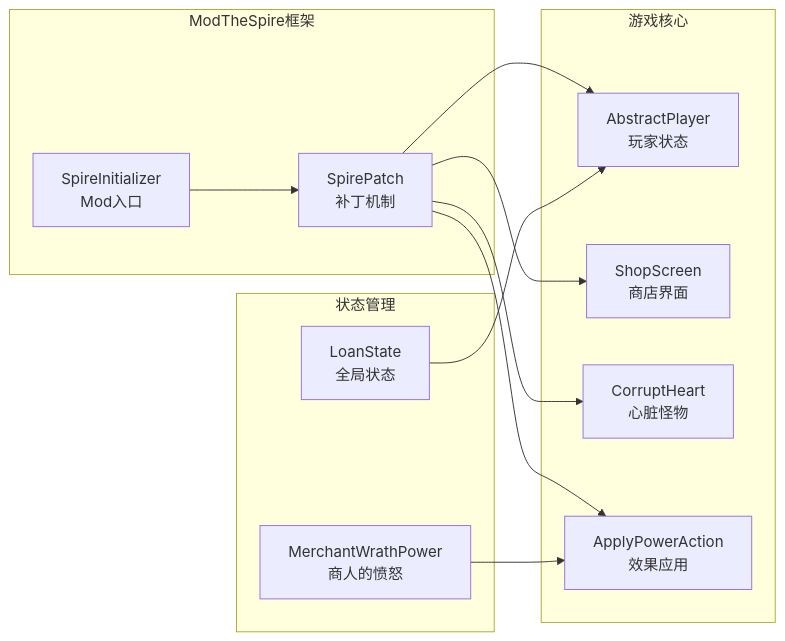
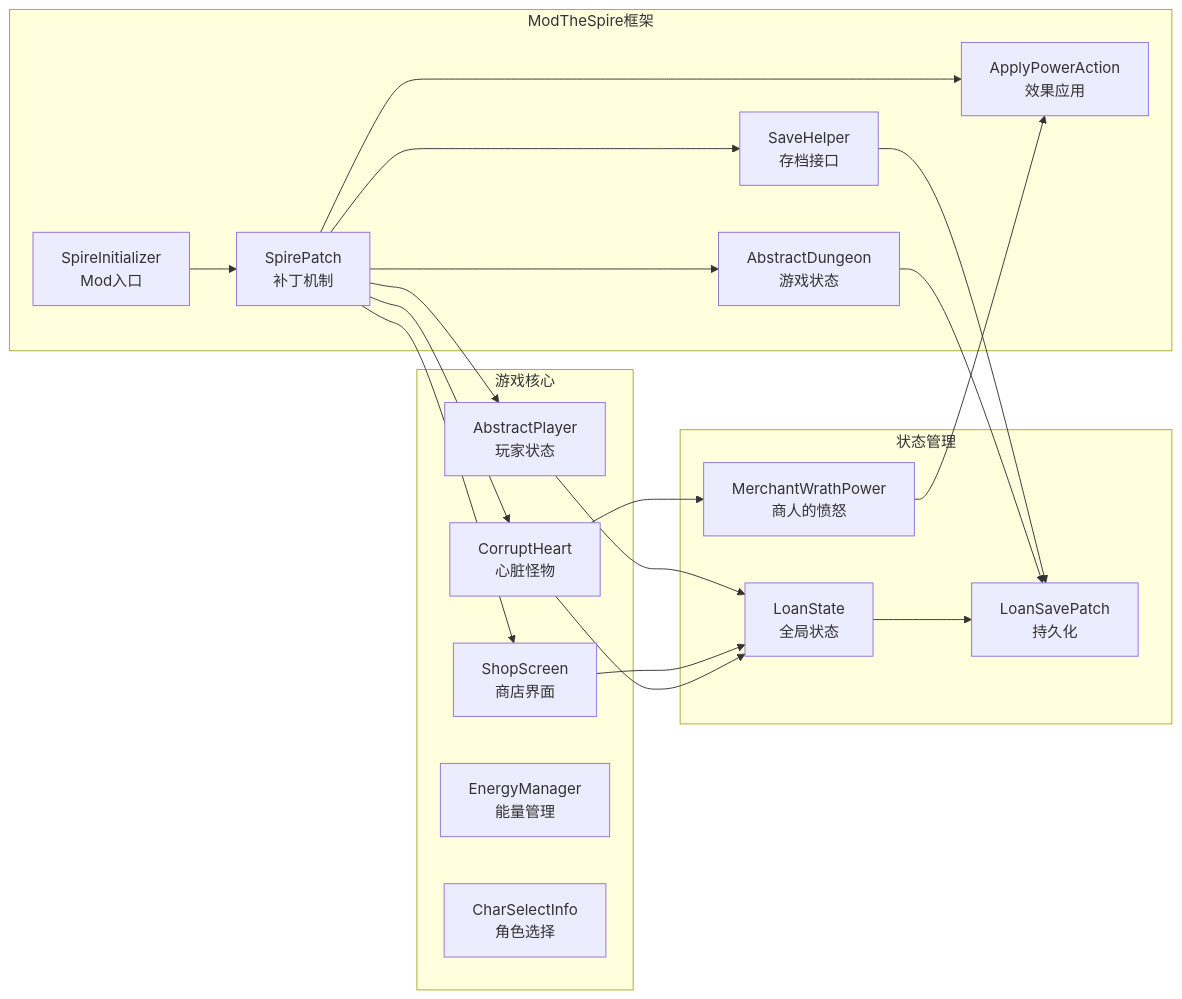
The eighth of 9 diagrams in .qoder/repowiki/zh/content/状态管理.md (StephenZhuang/SpireMod), drawn with Mermaid before and after one commit. The commit also changed other lines of this file and 35 other files, not shown here.

````diff
--- a/.qoder/repowiki/zh/content/状态管理.md
+++ b/.qoder/repowiki/zh/content/状态管理.md
@@ -315,24 +516,37 @@
 ```mermaid
 graph LR
 subgraph "ModTheSpire框架"
 A[SpireInitializer<br/>Mod入口]
 B[SpirePatch<br/>补丁机制]
+C[SaveHelper<br/>存档接口]
+D[AbstractDungeon<br/>游戏状态]
+E[ApplyPowerAction<br/>效果应用]
 end
 subgraph "游戏核心"
-C[AbstractPlayer<br/>玩家状态]
-D[ShopScreen<br/>商店界面]
-E[CorruptHeart<br/>心脏怪物]
-F[ApplyPowerAction<br/>效果应用]
+F[AbstractPlayer<br/>玩家状态]
+G[ShopScreen<br/>商店界面]
+H[CorruptHeart<br/>心脏怪物]
+I[EnergyManager<br/>能量管理]
+J[CharSelectInfo<br/>角色选择]
 end
 subgraph "状态管理"
-G[LoanState<br/>全局状态]
-H[MerchantWrathPower<br/>商人的愤怒]
+K[LoanState<br/>全局状态]
+L[MerchantWrathPower<br/>商人的愤怒]
+M[LoanSavePatch<br/>持久化]
 end
 A --> B
 B --> C
 B --> D
+B --> F
+B --> G
+B --> H
 B --> E
-B --> F
-G --> C
-H --> F
+C --> M
+D --> M
+F --> K
+G --> K
+H --> K
+H --> L
+L --> E
+K --> M
 ```
````
